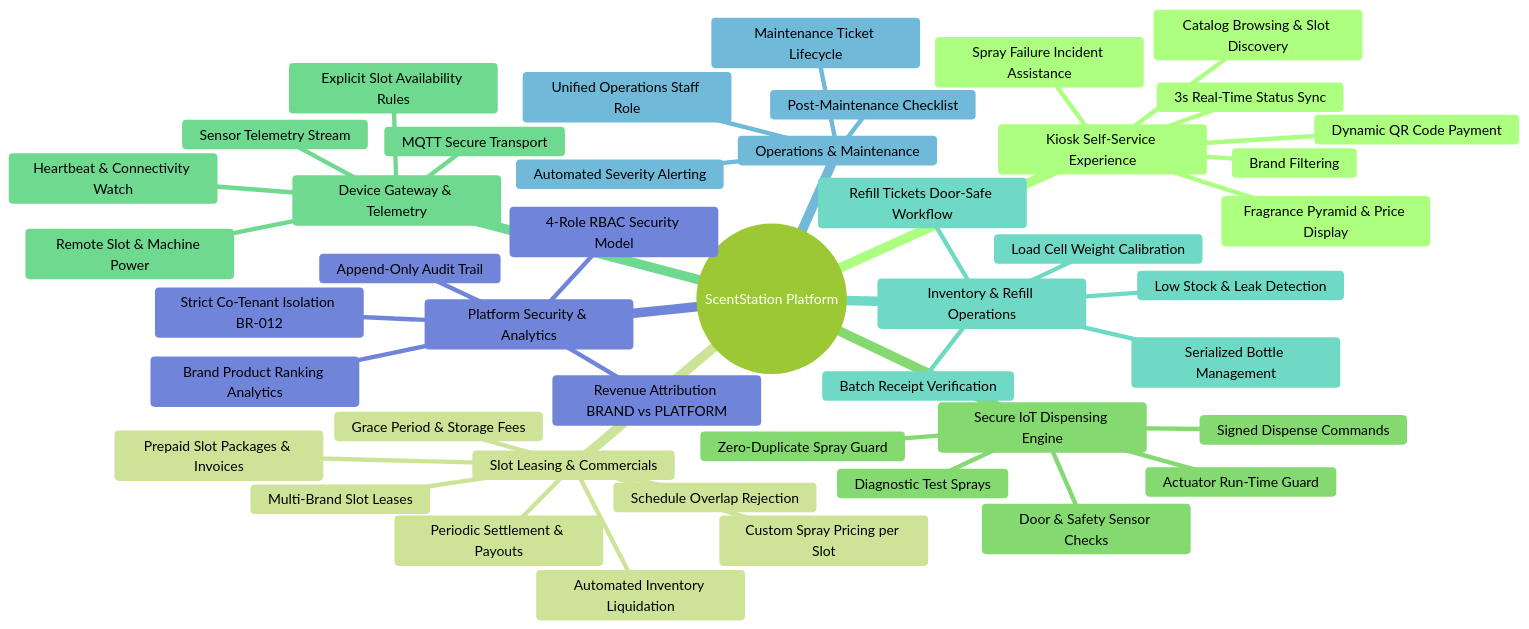
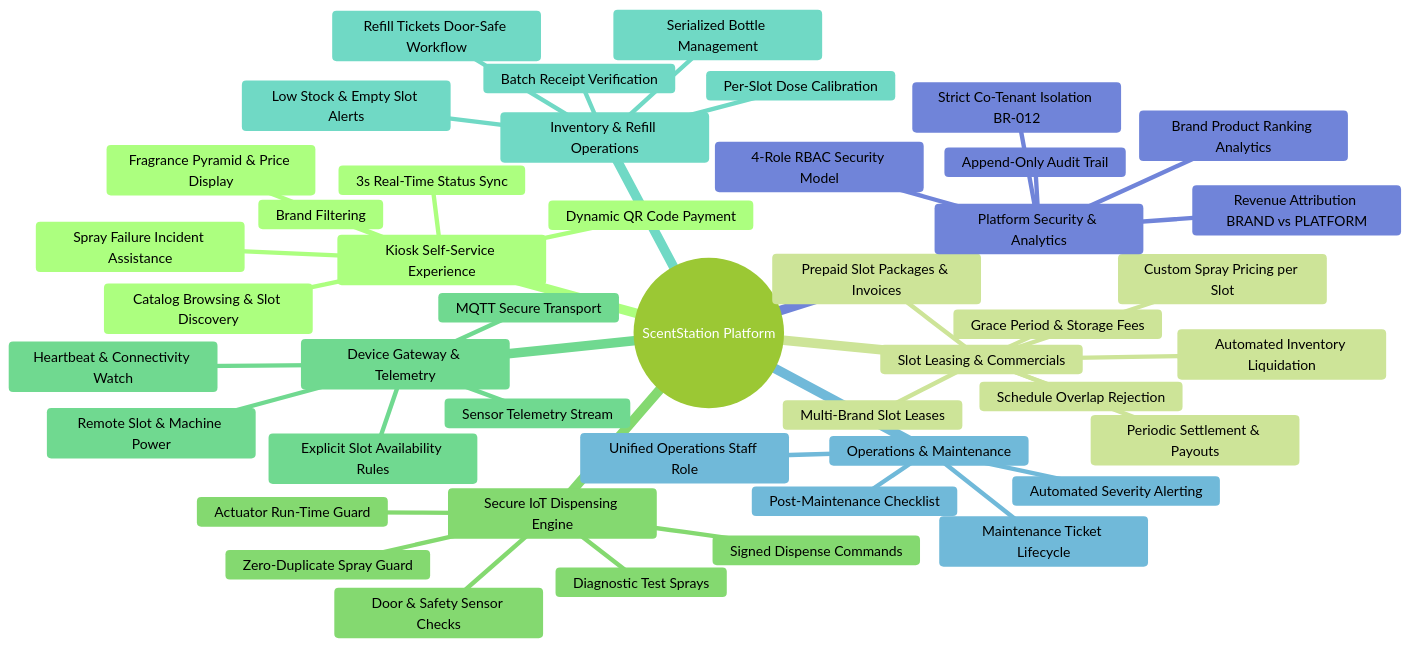
The first of 2 diagrams in docs/MAJOR_FEATURES_SCENTSTATION.md (nhax-work/Muti-Brand_PerfumeIOT), drawn with Mermaid (forest theme) before and after one commit. The commit also changed other lines of this file and 10 other files, not shown here.

First line of the commit message:
docs: áp ADR-0019 vào đặc tả, tài liệu và ERD cho SDD

````diff
--- a/docs/MAJOR_FEATURES_SCENTSTATION.md
+++ b/docs/MAJOR_FEATURES_SCENTSTATION.md
@@ -63,48 +63,48 @@
 ```mermaid
 mindmap
   root((ScentStation Platform))
     Kiosk Self-Service Experience
       Catalog Browsing & Slot Discovery
       Fragrance Pyramid & Price Display
       Brand Filtering
       Dynamic QR Code Payment
       3s Real-Time Status Sync
       Spray Failure Incident Assistance
     Slot Leasing & Commercials
       Prepaid Slot Packages & Invoices
       Multi-Brand Slot Leases
       Custom Spray Pricing per Slot
       Schedule Overlap Rejection
       Grace Period & Storage Fees
       Automated Inventory Liquidation
       Periodic Settlement & Payouts
     Secure IoT Dispensing Engine
       Signed Dispense Commands
       Zero-Duplicate Spray Guard
       Door & Safety Sensor Checks
       Actuator Run-Time Guard
       Diagnostic Test Sprays
     Device Gateway & Telemetry
       MQTT Secure Transport
       Heartbeat & Connectivity Watch
       Sensor Telemetry Stream
       Remote Slot & Machine Power
       Explicit Slot Availability Rules
     Inventory & Refill Operations
       Serialized Bottle Management
       Batch Receipt Verification
-      Load Cell Weight Calibration
-      Low Stock & Leak Detection
+      Per-Slot Dose Calibration
+      Low Stock & Empty Slot Alerts
       Refill Tickets Door-Safe Workflow
     Operations & Maintenance
       Automated Severity Alerting
       Unified Operations Staff Role
       Maintenance Ticket Lifecycle
       Post-Maintenance Checklist
     Platform Security & Analytics
       4-Role RBAC Security Model
       Strict Co-Tenant Isolation BR-012
       Revenue Attribution BRAND vs PLATFORM
       Append-Only Audit Trail
       Brand Product Ranking Analytics
 ```
````
